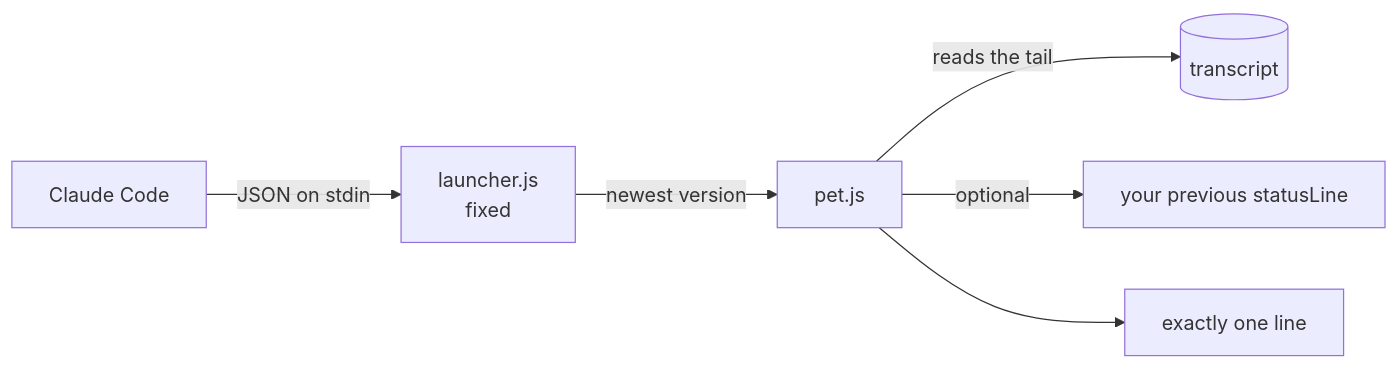
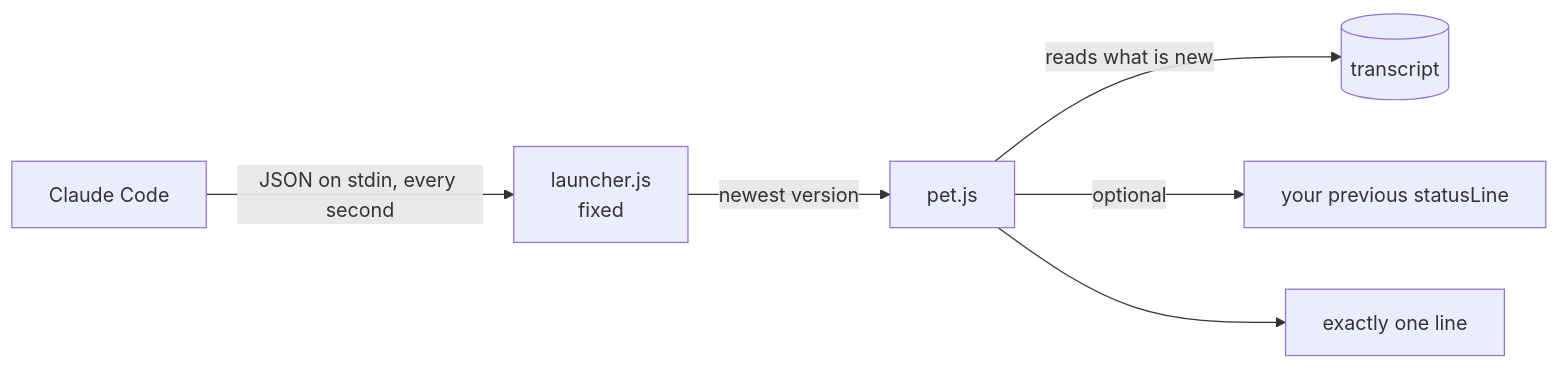
One commit to jfcarpiopuntocom/claude-pets changed the diagram in README.md. Above: the diagram before and after it, drawn with Mermaid. The commit also changed other lines of this file and 19 other files, not shown here.

````diff
--- a/README.md
+++ b/README.md
@@ -142,8 +153,8 @@
 ```mermaid
 flowchart LR
-  CC[Claude Code] -->|JSON on stdin| L[launcher.js<br>fixed]
+  CC[Claude Code] -->|JSON on stdin, every second| L[launcher.js<br>fixed]
   L -->|newest version| M[pet.js]
-  M -->|reads the tail| T[(transcript)]
+  M -->|reads what is new| T[(transcript)]
   M -->|optional| H[your previous statusLine]
   M --> O[exactly one line]
 ```
````
